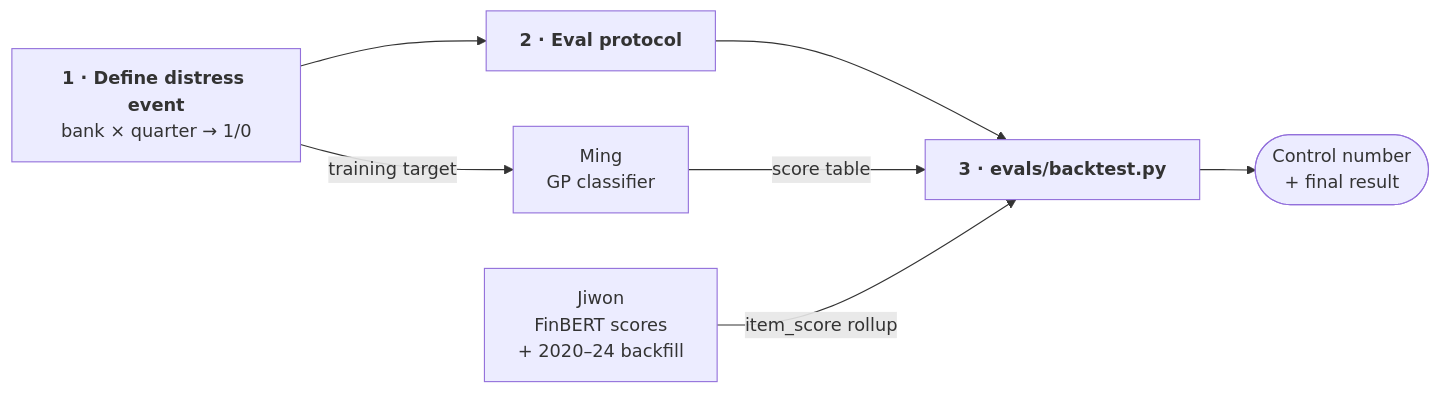
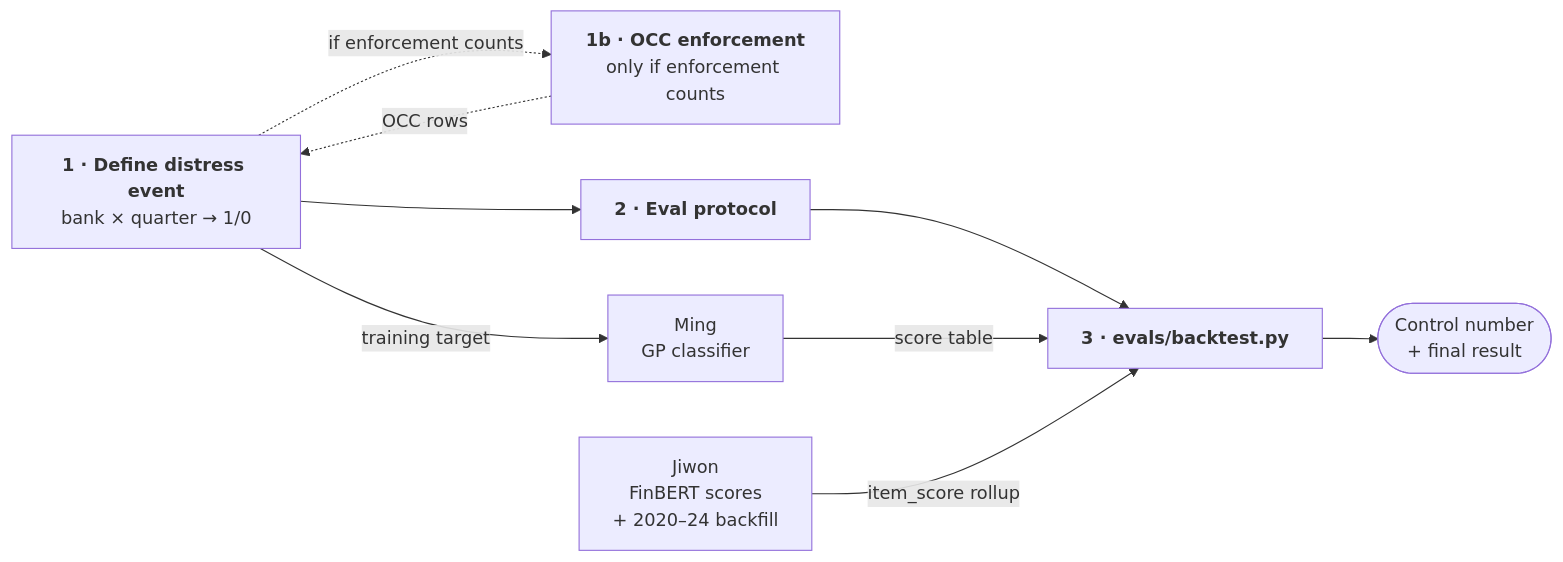
One commit to HOSH19/PNC_Capstone changed the diagram in docs/roles/shu-han.md. Above: the diagram before and after it, drawn with Mermaid. The commit also changed other lines of this file and 3 other files, not shown here.

First line of the commit message:
Reassign OCC enforcement to Shu Han, conditional on the distress definition

````diff
--- a/docs/roles/shu-han.md
+++ b/docs/roles/shu-han.md
@@ -12,15 +12,18 @@
 ```mermaid
 flowchart LR
     SH1["<b>1 · Define distress event</b><br/>bank × quarter → 1/0"]
+    SH1B["<b>1b · OCC enforcement</b><br/>only if enforcement counts"]
     SH2["<b>2 · Eval protocol</b>"]
     SH3["<b>3 · evals/backtest.py</b>"]
     MING["Ming<br/>GP classifier"]
     JW["Jiwon<br/>FinBERT scores<br/>+ 2020–24 backfill"]
     OUT(["Control number<br/>+ final result"])
 
+    SH1 -.->|if enforcement counts| SH1B
+    SH1B -.->|OCC rows| SH1
     SH1 --> SH2 --> SH3
     SH1 -->|training target| MING
     MING -->|score table| SH3
     JW -->|item_score rollup| SH3
     SH3 --> OUT
 ```
````
